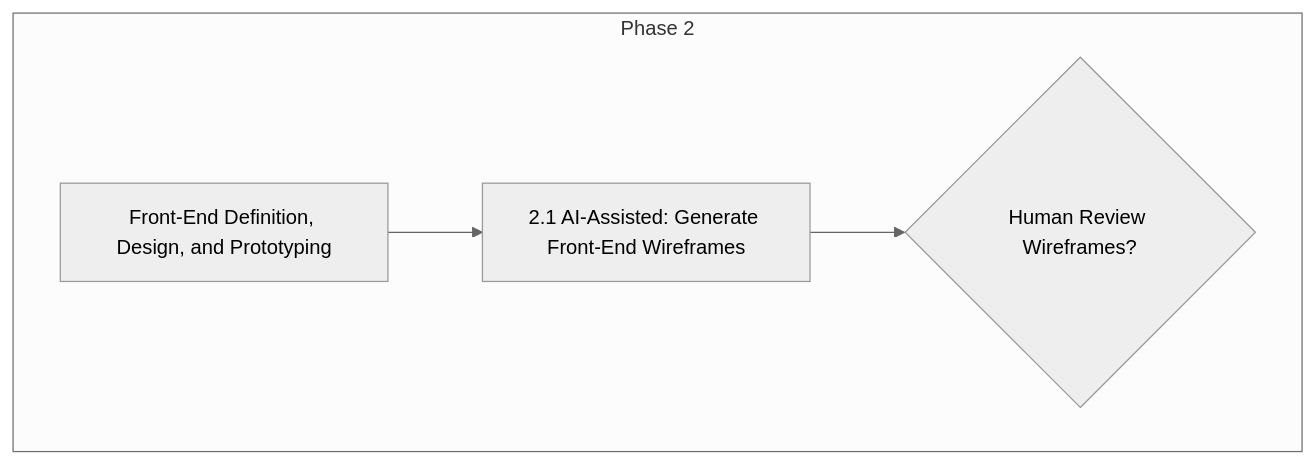
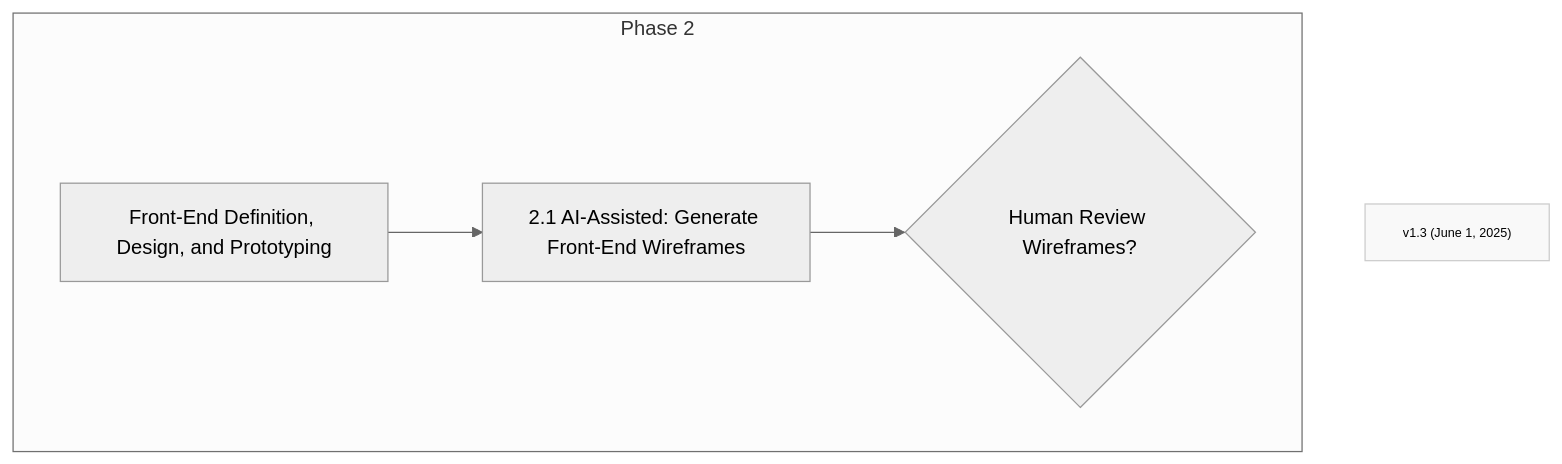
The diagram in Method/FF-phase2.md (Mharbulous/Front-First-Method), drawn with Mermaid (neutral theme) before and after one commit.

````diff
--- a/Method/FF-phase2.md
+++ b/Method/FF-phase2.md
@@ -1,10 +1,14 @@
 ```mermaid
 graph TD
     
     
     subgraph Phase1 ["Phase 2"]
         B1["Front-End Definition, Design, and Prototyping"] --> B2["2.1 AI-Assisted: Generate Front-End Wireframes"]
         B2 --> B3_Val{"Human Review Wireframes?"}
-        
     end
+
+Version["v1.3 (June 1, 2025)"]
+    
+    classDef version fill:#f9f9f9,stroke:#ccc,font-size:10px
+    class Version version
 ```
````
